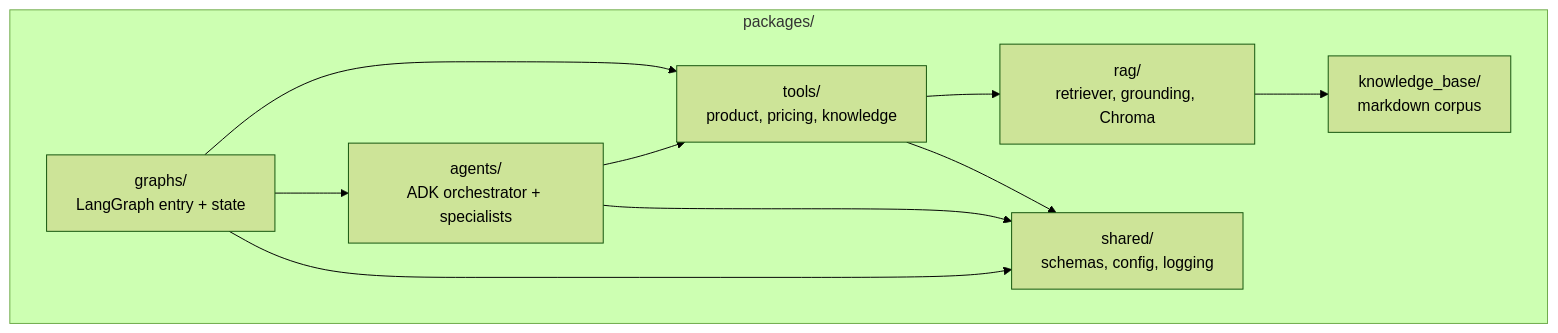
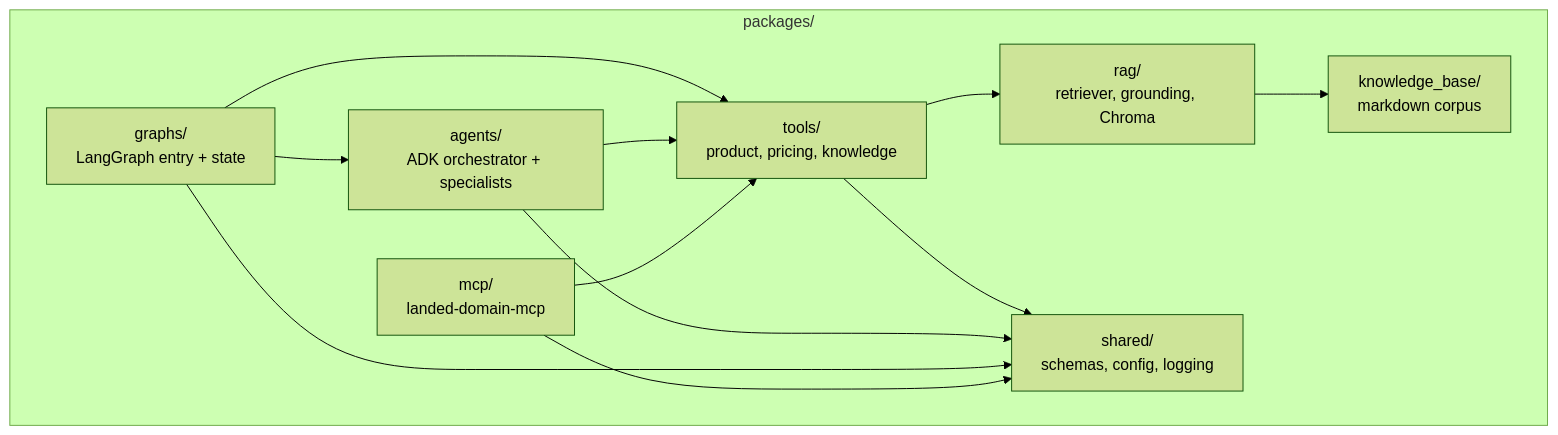
One commit to luisfm44/landed-agent changed the eighth of 8 diagrams in docs/architecture-diagram.md. Above: the diagram before and after it, drawn with Mermaid (forest theme). The commit also changed other lines of this file and 7 other files, not shown here.

First line of the commit message:
Add landed-domain-mcp server and Cursor integration.

````diff
--- a/docs/architecture-diagram.md
+++ b/docs/architecture-diagram.md
@@ -214,20 +264,23 @@
 ```mermaid
 flowchart TB
     subgraph packages [packages/]
         GRAPHS[graphs/<br/>LangGraph entry + state]
         AGENTS[agents/<br/>ADK orchestrator + specialists]
+        MCP[mcp/<br/>landed-domain-mcp]
         TOOLS[tools/<br/>product, pricing, knowledge]
         KB[knowledge_base/<br/>markdown corpus]
         RAG[rag/<br/>retriever, grounding, Chroma]
         SHARED[shared/<br/>schemas, config, logging]
     end
 
     GRAPHS --> AGENTS
     GRAPHS --> TOOLS
     AGENTS --> TOOLS
+    MCP --> TOOLS
     TOOLS --> RAG
     TOOLS --> SHARED
     RAG --> KB
     AGENTS --> SHARED
     GRAPHS --> SHARED
+    MCP --> SHARED
 ```
````
